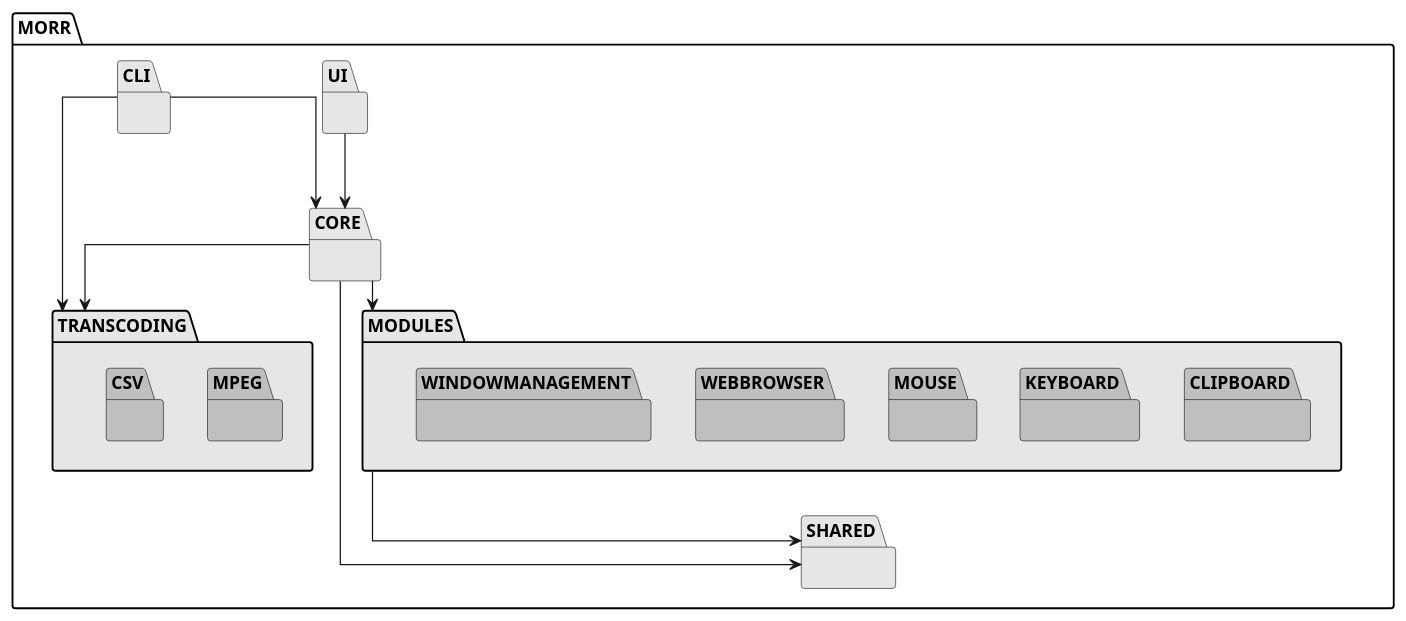
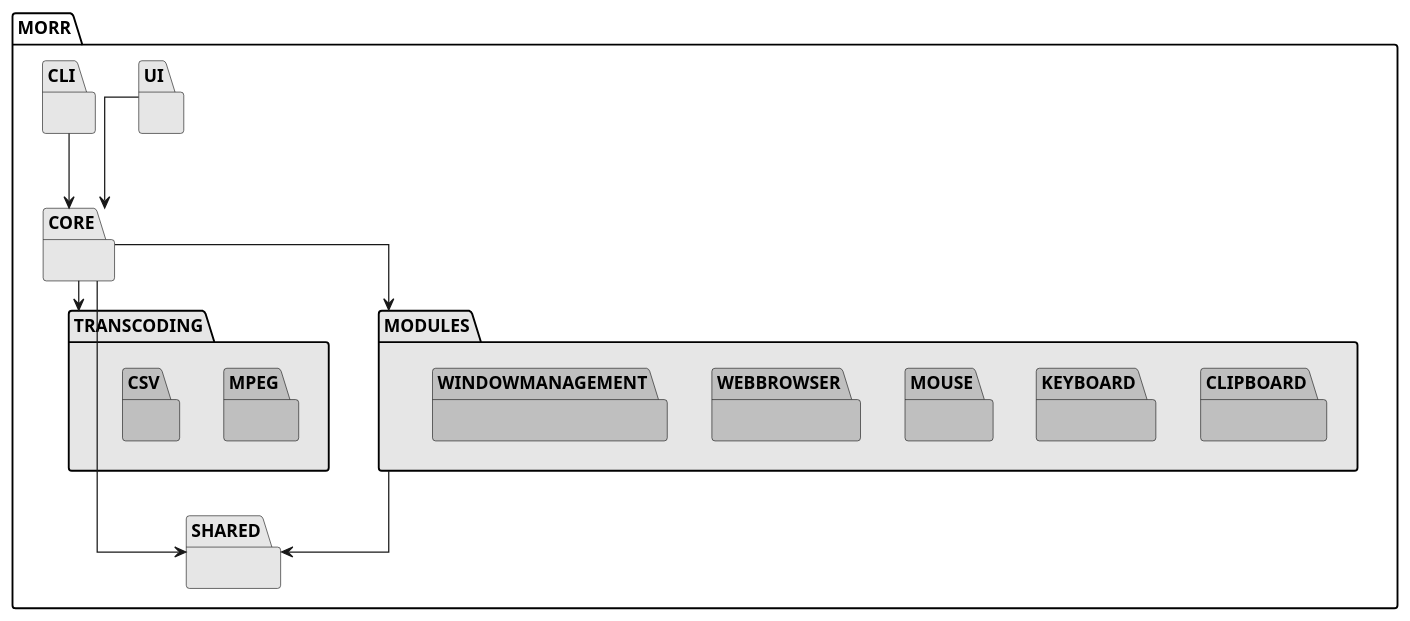
The diagram in documents/sd/plantuml/packages.puml (insightmind/MORR), drawn with PlantUML before and after one commit.

Commit message:
Update package uml

```diff
--- a/documents/sd/plantuml/packages.puml
+++ b/documents/sd/plantuml/packages.puml
@@ -1,63 +1,62 @@
 @startuml packages
 skinparam monochrome true
 skinparam linetype ortho
 
 package "MORR" {
     package "CORE" #E6E6E6 {
 
     }
 
     package "TRANSCODING" #E6E6E6 {
         package "MPEG" #BFBFBF {
 
         }
 
         package "CSV" #BFBFBF {
 
         } 
     }
 
     package "UI" #E6E6E6 {
 
     }
 
     package "CLI" #E6E6E6 {
 
     }
 
     package "MODULES" #E6E6E6 {
         package "CLIPBOARD" #BFBFBF {
 
         }
 
         package "KEYBOARD" #BFBFBF {
 
         }
 
         package "MOUSE" #BFBFBF {
 
         }
 
         package "WEBBROWSER" #BFBFBF {
 
         }
 
         package "WINDOWMANAGEMENT" #BFBFBF {
 
         }
     }
     
 
     package "SHARED" #E6E6E6 {
 
     }
 
     CLI --> CORE
     UI --> CORE
     CORE --> SHARED
     CORE --> TRANSCODING
     CORE --> MODULES
-    CLI --> TRANSCODING
     MODULES --> SHARED
 }
 @enduml
```
